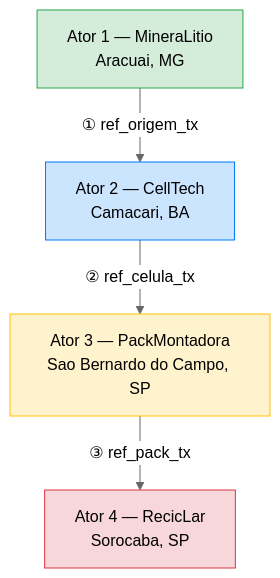
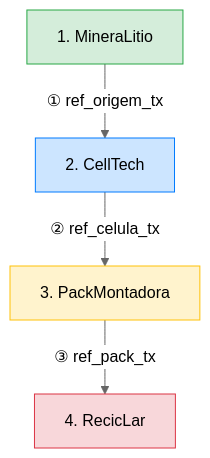
The first of 5 diagrams in arquitetura-dpp.md (darlisagc/cardano-battery-passport), drawn with Mermaid (neutral theme) before and after one commit.

Commit message:
Minimize supply chain diagram to company names only

````diff
--- a/arquitetura-dpp.md
+++ b/arquitetura-dpp.md
@@ -39,16 +39,16 @@
 ```mermaid
 flowchart TB
-    A1["Ator 1 — MineraLitio\nAracuai, MG"]
-    A2["Ator 2 — CellTech\nCamacari, BA"]
-    A3["Ator 3 — PackMontadora\nSao Bernardo do Campo, SP"]
-    A4["Ator 4 — RecicLar\nSorocaba, SP"]
+    A1["1. MineraLitio"]
+    A2["2. CellTech"]
+    A3["3. PackMontadora"]
+    A4["4. RecicLar"]
 
     A1 -- "① ref_origem_tx" --> A2
     A2 -- "② ref_celula_tx" --> A3
     A3 -- "③ ref_pack_tx" --> A4
 
     style A1 fill:#d4edda,stroke:#28a745
     style A2 fill:#cce5ff,stroke:#007bff
     style A3 fill:#fff3cd,stroke:#ffc107
     style A4 fill:#f8d7da,stroke:#dc3545
 ```
````
